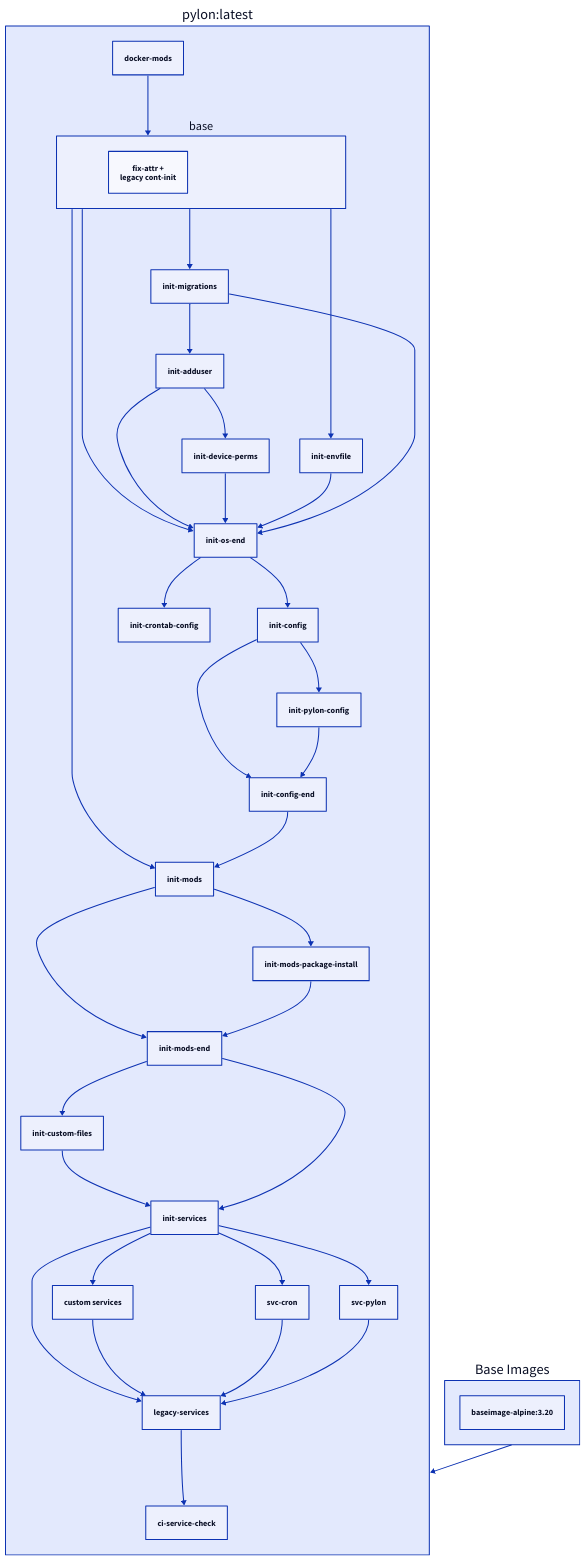
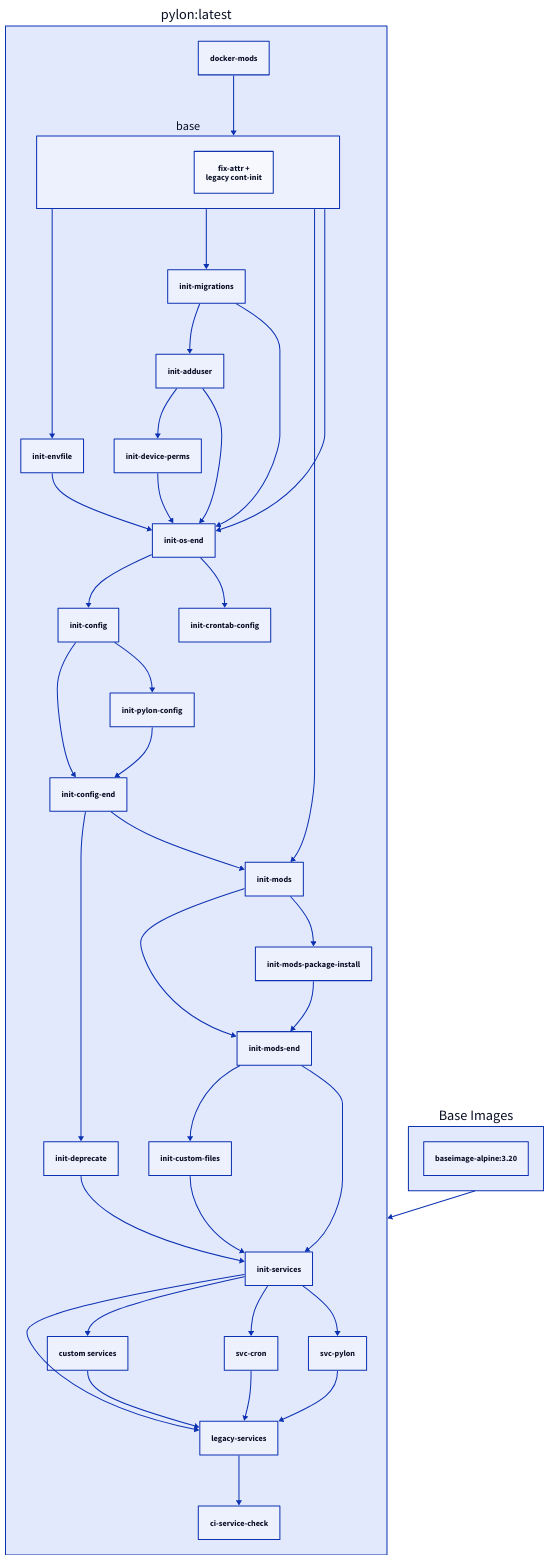
Before and after one commit to pagdot/docker-documentation: the diagram in docs/images/docker-pylon.md, drawn with D2. The commit also changed other lines of this file, not shown here.

````diff
--- a/docs/images/docker-pylon.md
+++ b/docs/images/docker-pylon.md
@@ -287,45 +291,47 @@
     ```d2
     "pylon:latest": {
       docker-mods
       base {
         fix-attr +\nlegacy cont-init
       }
       docker-mods -> base
       legacy-services
       custom services
       init-services -> legacy-services
       init-services -> custom services
       custom services -> legacy-services
       legacy-services -> ci-service-check
       init-migrations -> init-adduser
       init-os-end -> init-config
       init-config -> init-config-end
       init-pylon-config -> init-config-end
       init-os-end -> init-crontab-config
       init-mods-end -> init-custom-files
+      init-config-end -> init-deprecate
       init-adduser -> init-device-perms
       base -> init-envfile
       base -> init-migrations
       base -> init-mods
       init-config-end -> init-mods
       init-mods -> init-mods-end
       init-mods-package-install -> init-mods-end
       init-mods -> init-mods-package-install
       base -> init-os-end
       init-adduser -> init-os-end
       init-device-perms -> init-os-end
       init-envfile -> init-os-end
       init-migrations -> init-os-end
       init-config -> init-pylon-config
       init-custom-files -> init-services
+      init-deprecate -> init-services
       init-mods-end -> init-services
       init-services -> svc-cron
       svc-cron -> legacy-services
       init-services -> svc-pylon
       svc-pylon -> legacy-services
     }
     Base Images: {
       "baseimage-alpine:3.20"
     }
     "pylon:latest" <- Base Images
     ```
````
